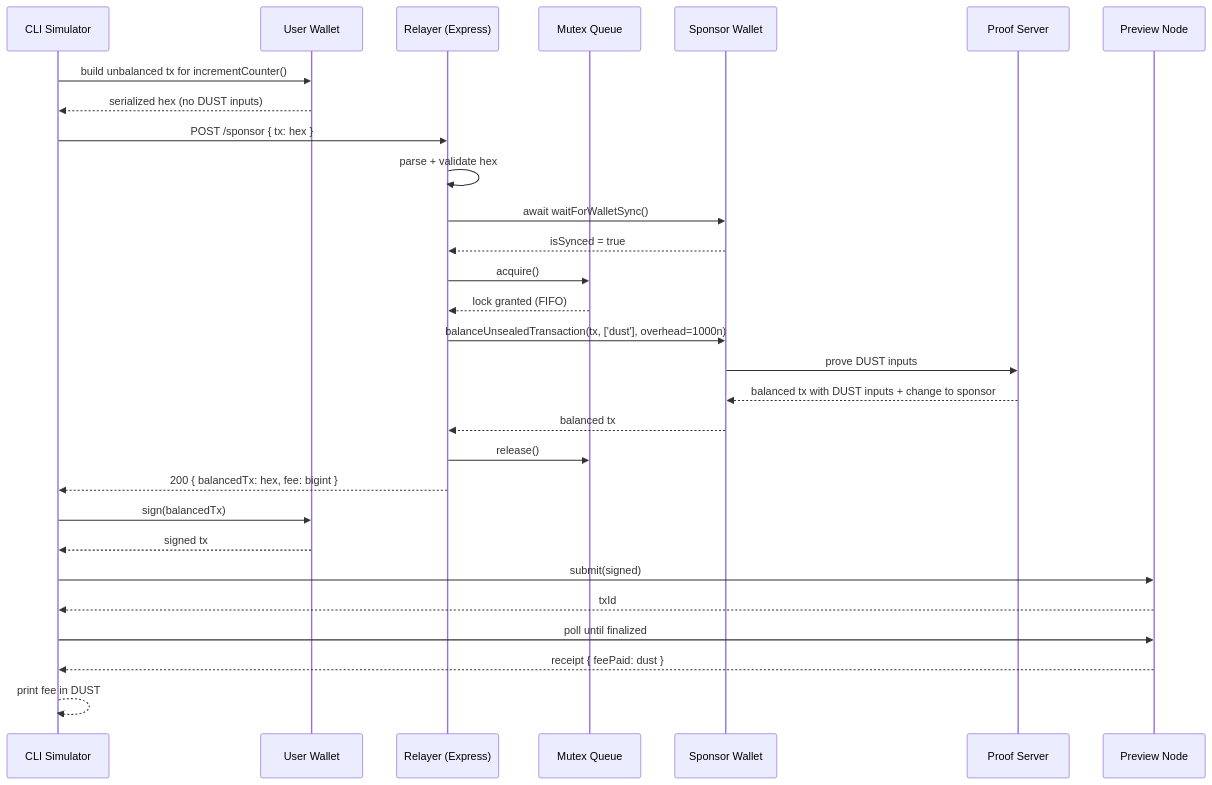
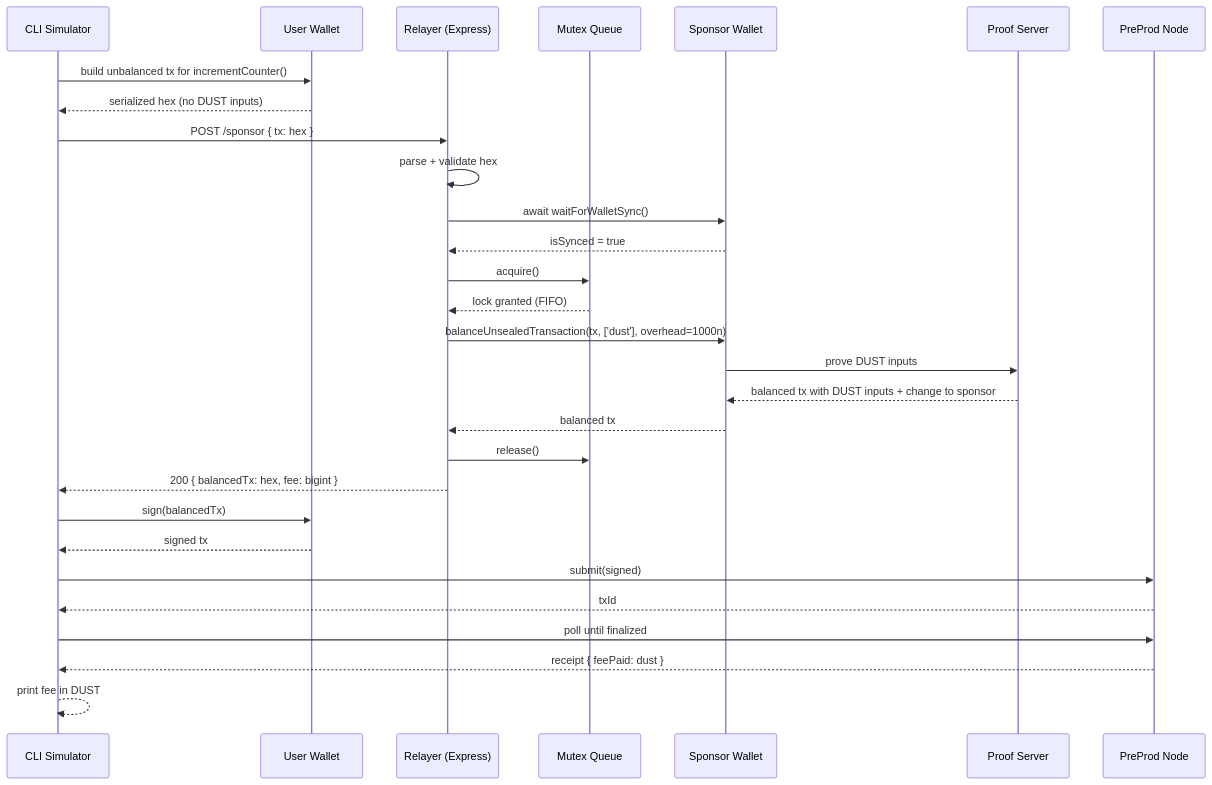
Before and after one commit to 0xhexz/dustregen-relayer: the second of 3 diagrams in .kiro/specs/dust-regen-relayer/design.md, drawn with Mermaid. The commit also changed other lines of this file and 10 other files, not shown here.

Commit message:
refactor: retarget from Preview to PreProd network

````diff
--- a/.kiro/specs/dust-regen-relayer/design.md
+++ b/.kiro/specs/dust-regen-relayer/design.md
@@ -78,32 +78,32 @@
 ```mermaid
 sequenceDiagram
   participant Sim as CLI Simulator
   participant UW as User Wallet
   participant R as Relayer (Express)
   participant Q as Mutex Queue
   participant SW as Sponsor Wallet
   participant PS as Proof Server
-  participant N as Preview Node
+  participant N as PreProd Node
 
   Sim->>UW: build unbalanced tx for incrementCounter()
   UW-->>Sim: serialized hex (no DUST inputs)
   Sim->>R: POST /sponsor { tx: hex }
   R->>R: parse + validate hex
   R->>SW: await waitForWalletSync()
   SW-->>R: isSynced = true
   R->>Q: acquire()
   Q-->>R: lock granted (FIFO)
   R->>SW: balanceUnsealedTransaction(tx, ['dust'], overhead=1000n)
   SW->>PS: prove DUST inputs
   PS-->>SW: balanced tx with DUST inputs + change to sponsor
   SW-->>R: balanced tx
   R->>Q: release()
   R-->>Sim: 200 { balancedTx: hex, fee: bigint }
   Sim->>UW: sign(balancedTx)
   UW-->>Sim: signed tx
   Sim->>N: submit(signed)
   N-->>Sim: txId
   Sim->>N: poll until finalized
   N-->>Sim: receipt { feePaid: dust }
   Sim-->>Sim: print fee in DUST
 ```
````
